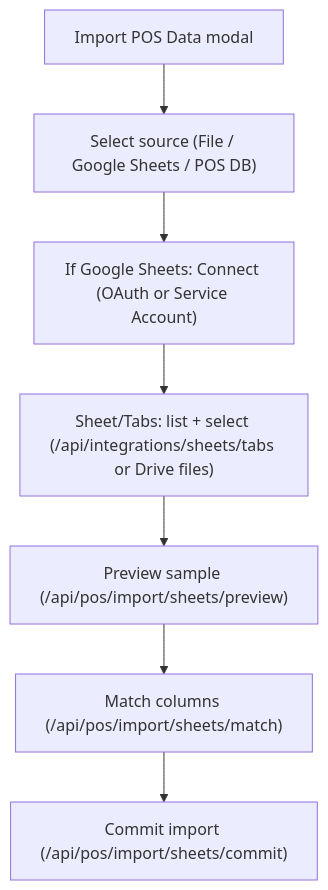
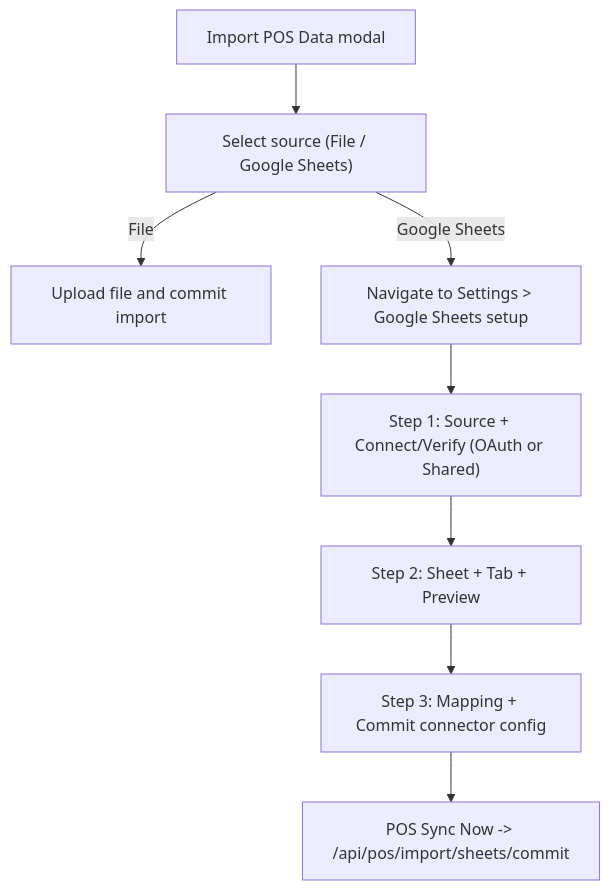
One commit to comp596-spring-2026/RetailSync changed the third of 3 diagrams in README.md. Above: the diagram before and after it, drawn with Mermaid. The commit also changed other lines of this file and 86 other files, not shown here.

Commit message:
POS Google Sync Reliability + Single Google Setup Entry Point

````diff
--- a/README.md
+++ b/README.md
@@ -130,9 +130,10 @@
 ```mermaid
 flowchart TD
-  A["Import POS Data modal"] --> B["Select source (File / Google Sheets / POS DB)"]
-  B --> C["If Google Sheets: Connect (OAuth or Service Account)"]
-  C --> D["Sheet/Tabs: list + select (/api/integrations/sheets/tabs or Drive files)"]
-  D --> E["Preview sample (/api/pos/import/sheets/preview)"]
-  E --> F["Match columns (/api/pos/import/sheets/match)"]
-  F --> G["Commit import (/api/pos/import/sheets/commit)"]
+  A["Import POS Data modal"] --> B["Select source (File / Google Sheets)"]
+  B -->|"File"| C["Upload file and commit import"]
+  B -->|"Google Sheets"| D["Navigate to Settings > Google Sheets setup"]
+  D --> E["Step 1: Source + Connect/Verify (OAuth or Shared)"]
+  E --> F["Step 2: Sheet + Tab + Preview"]
+  F --> G["Step 3: Mapping + Commit connector config"]
+  G --> H["POS Sync Now -> /api/pos/import/sheets/commit"]
 ```
````
